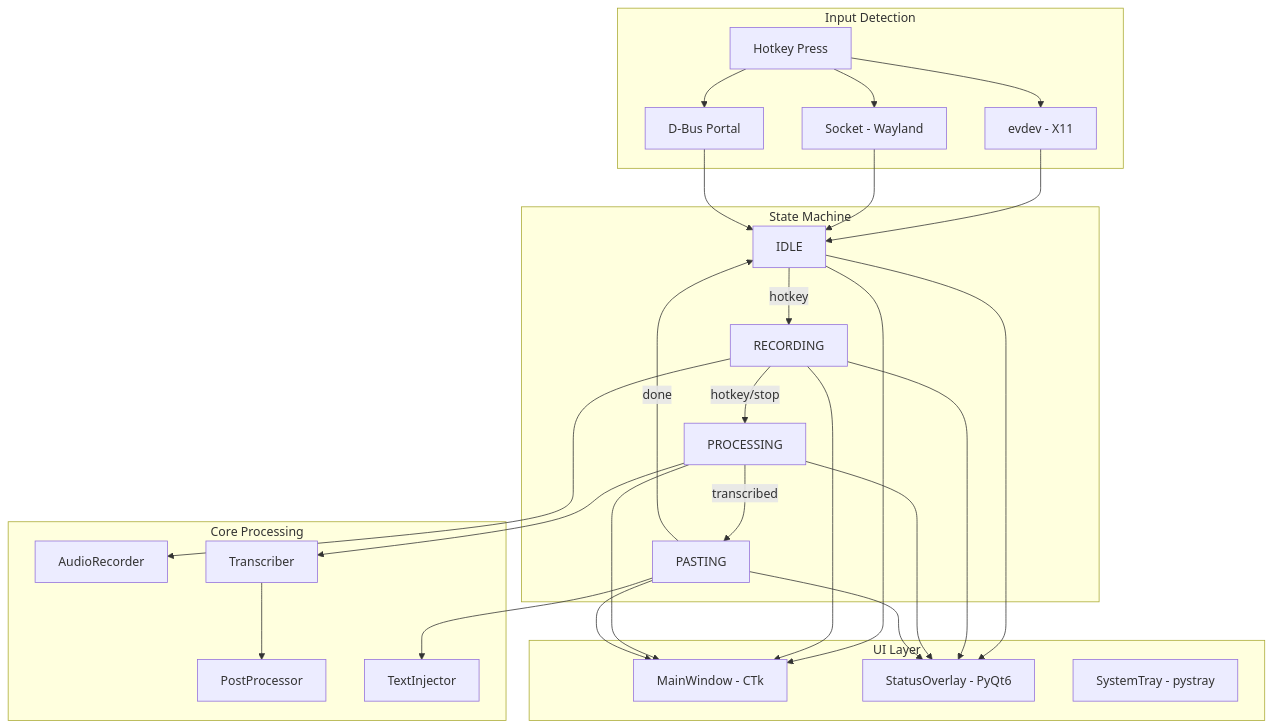
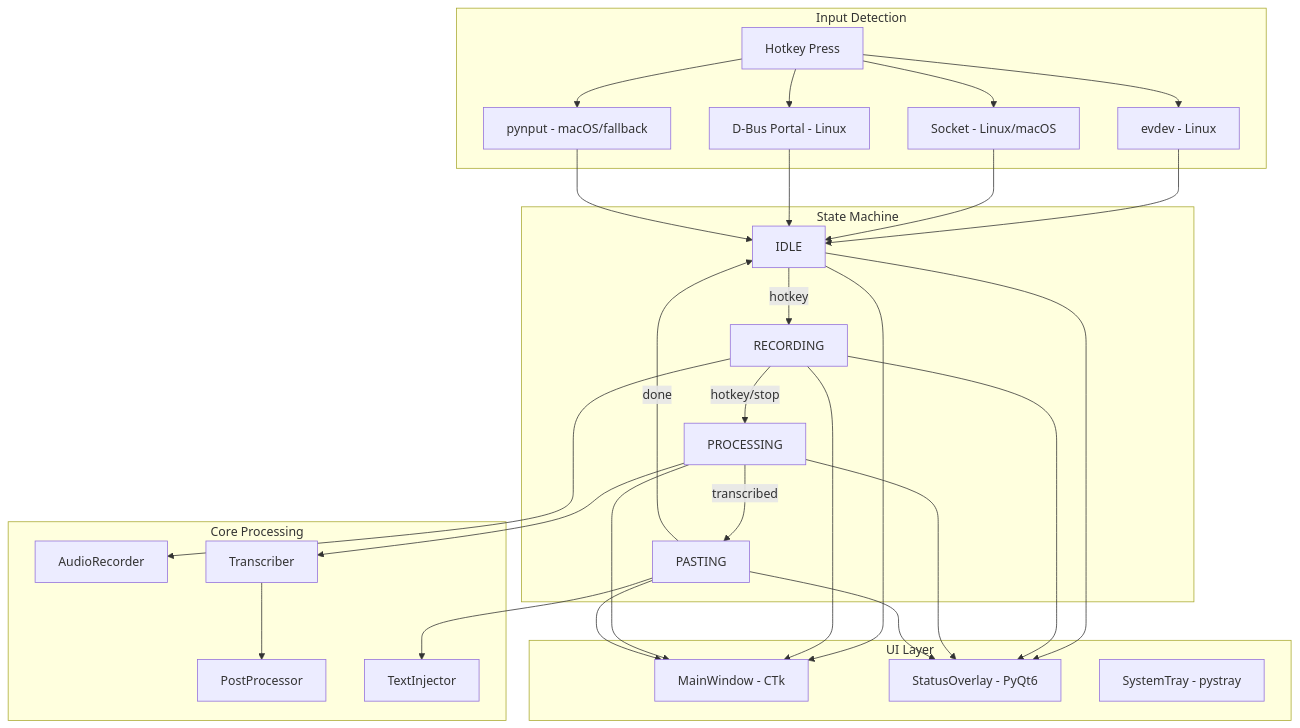
One commit to wayfindercollective/wayfinder-aura changed the diagram in AGENTS.md. Above: the diagram before and after it, drawn with Mermaid. The commit also changed other lines of this file and 19 other files, not shown here.

````diff
--- a/AGENTS.md
+++ b/AGENTS.md
@@ -58,43 +70,44 @@
 ```mermaid
 flowchart TB
     subgraph input [Input Detection]
         Hotkey[Hotkey Press]
-        evdev[evdev - X11]
-        socket[Socket - Wayland]
-        dbus[D-Bus Portal]
+        evdev[evdev - Linux]
+        socket[Socket - Linux/macOS]
+        dbus[D-Bus Portal - Linux]
+        pynput[pynput - macOS/fallback]
     end
 
     subgraph state [State Machine]
         IDLE[IDLE]
         RECORDING[RECORDING]
         PROCESSING[PROCESSING]
         PASTING[PASTING]
     end
 
     subgraph core [Core Processing]
         Recorder[AudioRecorder]
         Transcriber[Transcriber]
         PostProc[PostProcessor]
         Injector[TextInjector]
     end
 
     subgraph ui [UI Layer]
         MainWindow[MainWindow - CTk]
         Overlay[StatusOverlay - PyQt6]
         Tray[SystemTray - pystray]
     end
 
-    Hotkey --> evdev & socket & dbus
-    evdev & socket & dbus --> IDLE
+    Hotkey --> evdev & socket & dbus & pynput
+    evdev & socket & dbus & pynput --> IDLE
 
     IDLE -->|hotkey| RECORDING
     RECORDING -->|hotkey/stop| PROCESSING
     PROCESSING -->|transcribed| PASTING
     PASTING -->|done| IDLE
 
     RECORDING --> Recorder
     PROCESSING --> Transcriber --> PostProc
     PASTING --> Injector
 
     IDLE & RECORDING & PROCESSING & PASTING --> MainWindow & Overlay
 ```
````
